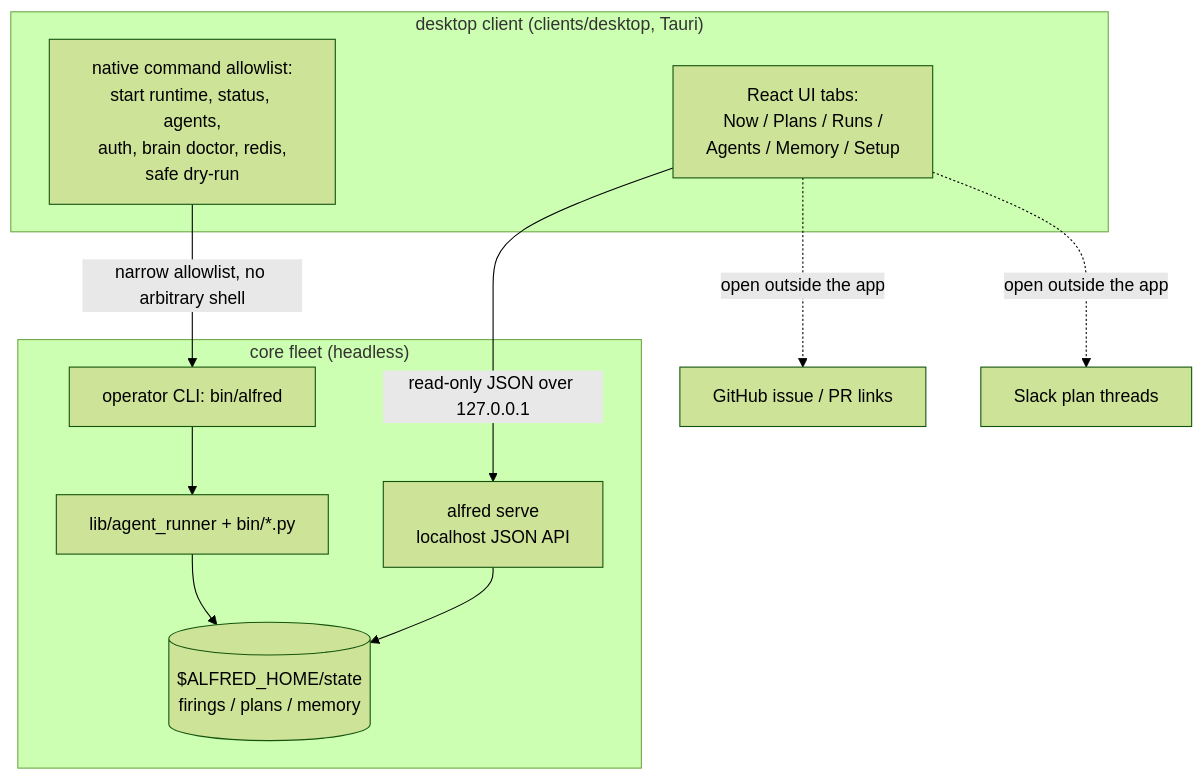
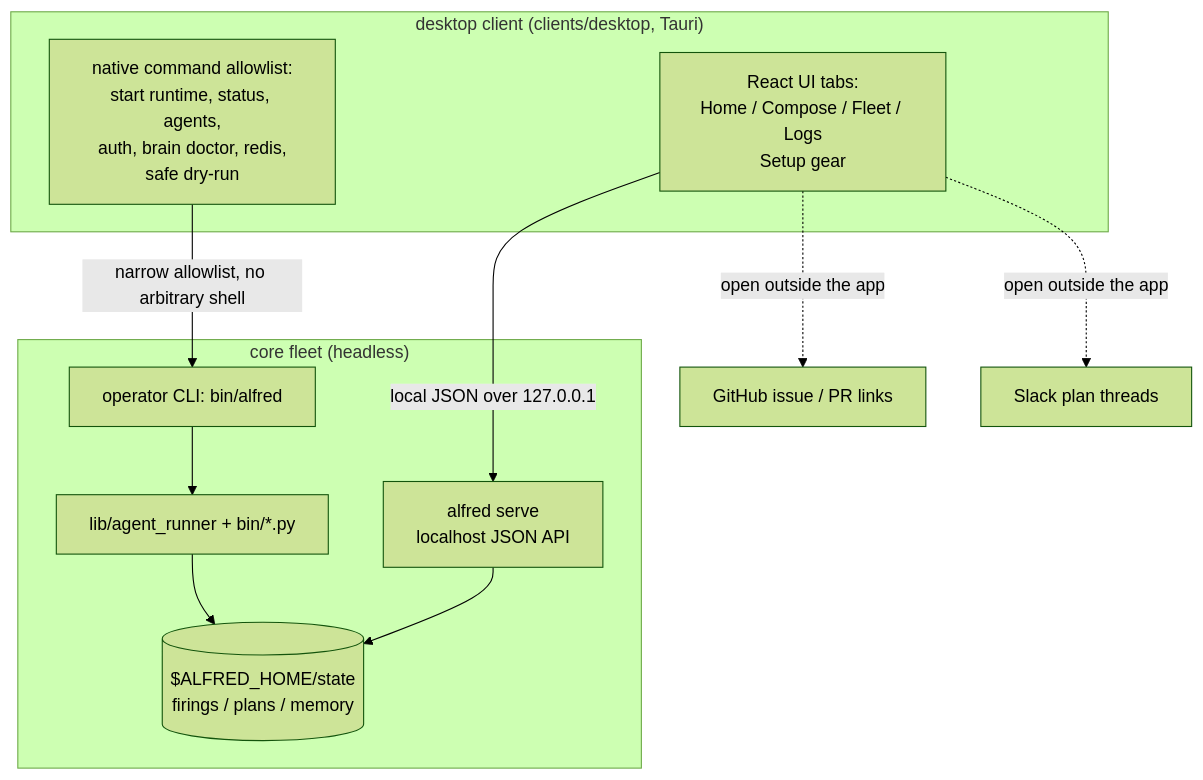
One commit to luminik-io/alfred-os changed the fifth of 8 diagrams in docs/ARCHITECTURE.md. Above: the diagram before and after it, drawn with Mermaid (forest theme). The commit also changed other lines of this file and 19 other files, not shown here.

````diff
--- a/docs/ARCHITECTURE.md
+++ b/docs/ARCHITECTURE.md
@@ -195,25 +195,25 @@
 ```mermaid
 flowchart TB
     subgraph client["desktop client (clients/desktop, Tauri)"]
-        ui["React UI tabs:<br/>Now / Plans / Runs /<br/>Agents / Memory / Setup"]
+        ui["React UI tabs:<br/>Home / Compose / Fleet / Logs<br/>Setup gear"]
         native["native command allowlist:<br/>start runtime, status, agents,<br/>auth, brain doctor, redis,<br/>safe dry-run"]
     end
 
     subgraph core["core fleet (headless)"]
         serve["alfred serve<br/>localhost JSON API"]
         state[("$ALFRED_HOME/state<br/>firings / plans / memory")]
         cli["operator CLI: bin/alfred"]
         fleet["lib/agent_runner + bin/*.py"]
     end
 
     gh["GitHub issue / PR links"]
     slackthread["Slack plan threads"]
 
-    ui -->|read-only JSON over 127.0.0.1| serve
+    ui -->|local JSON over 127.0.0.1| serve
     native -->|narrow allowlist, no arbitrary shell| cli
     serve --> state
     cli --> fleet
     fleet --> state
     ui -.->|open outside the app| gh
     ui -.->|open outside the app| slackthread
 ```
````
